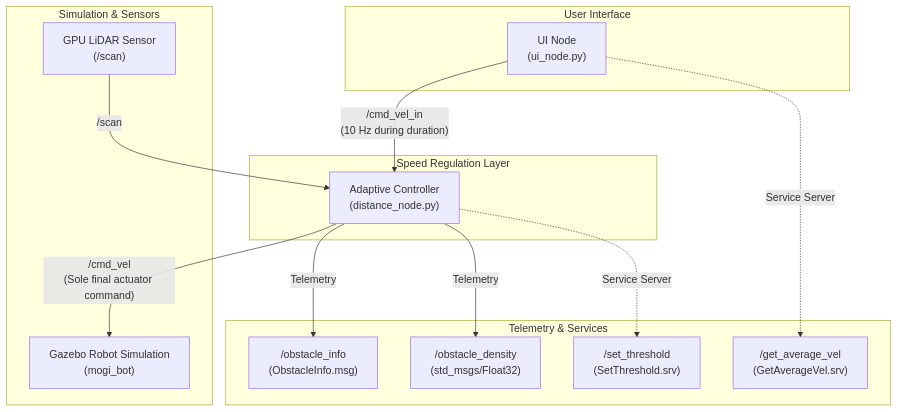
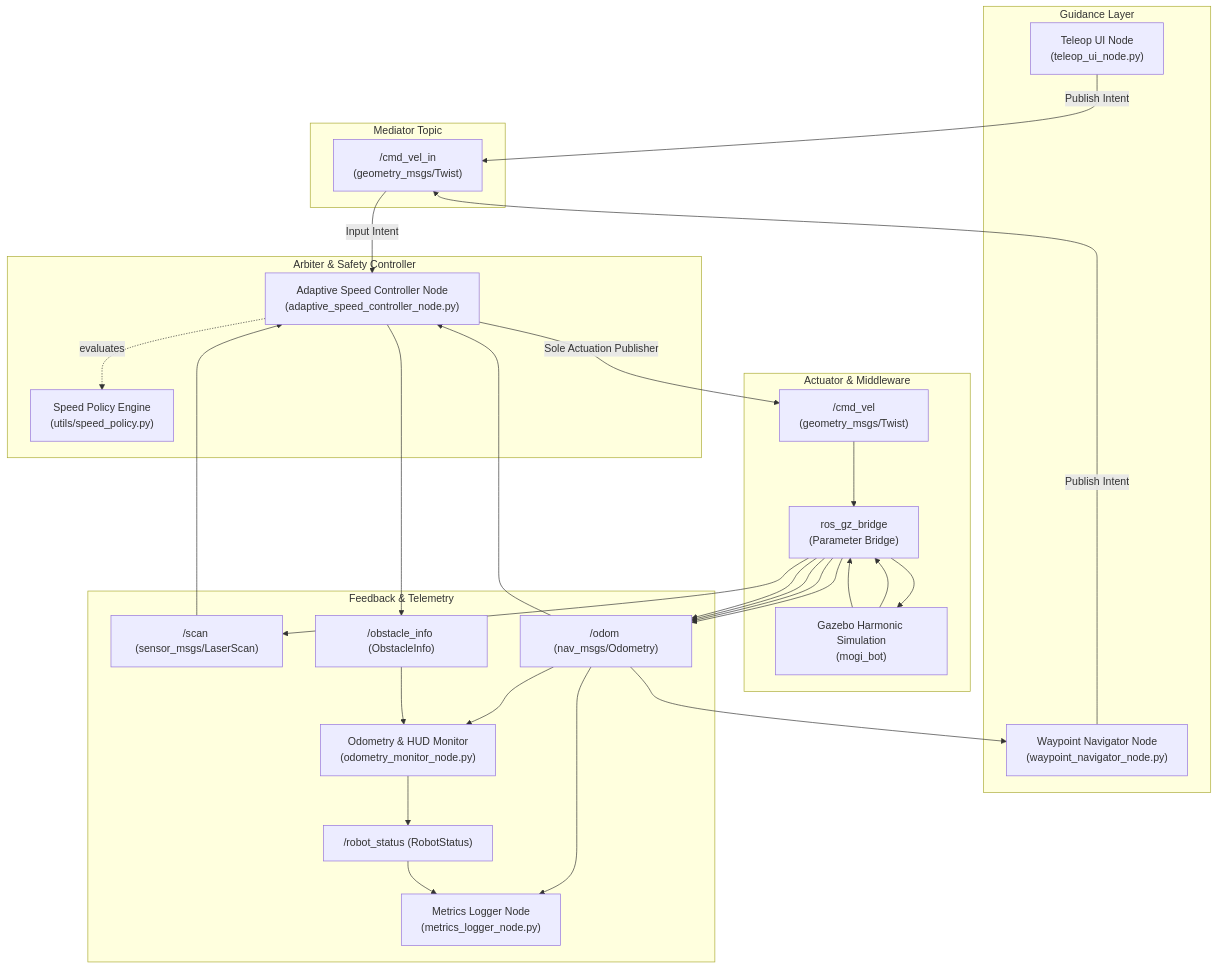
One commit to vikashb24k-beep/LidarX changed the diagram in README.md. Above: the diagram before and after it, drawn with Mermaid. The commit also changed other lines of this file and 1 other file, not shown here.

Commit message:
phase 7: comprehensive documentation, architecture specification, and viva q&a

````diff
--- a/README.md
+++ b/README.md
@@ -36,30 +35,47 @@
 ```mermaid
 flowchart TD
-    subgraph User Interface
-        UI["UI Node\n(ui_node.py)"]
+    subgraph Guidance Layer
+        Teleop["Teleop UI Node\n(teleop_ui_node.py)"]
+        Nav["Waypoint Navigator Node\n(waypoint_navigator_node.py)"]
     end
 
-    subgraph Speed Regulation Layer
-        DC["Adaptive Controller\n(distance_node.py)"]
+    subgraph Mediator Topic
+        CmdIn["/cmd_vel_in\n(geometry_msgs/Twist)"]
     end
 
-    subgraph Simulation & Sensors
-        GZ["Gazebo Robot Simulation\n(mogi_bot)"]
-        LIDAR["GPU LiDAR Sensor\n(/scan)"]
+    subgraph Arbiter & Safety Controller
+        Controller["Adaptive Speed Controller Node\n(adaptive_speed_controller_node.py)"]
+        Policy["Speed Policy Engine\n(utils/speed_policy.py)"]
+        Controller -.->|evaluates| Policy
     end
 
-    subgraph Telemetry & Services
-        OI["/obstacle_info\n(ObstacleInfo.msg)"]
-        OD["/obstacle_density\n(std_msgs/Float32)"]
-        ST["/set_threshold\n(SetThreshold.srv)"]
-        GA["/get_average_vel\n(GetAverageVel.srv)"]
+    subgraph Actuator & Middleware
+        CmdVel["/cmd_vel\n(geometry_msgs/Twist)"]
+        Bridge["ros_gz_bridge\n(Parameter Bridge)"]
+        Sim["Gazebo Harmonic Simulation\n(mogi_bot)"]
     end
 
-    UI -->|"/cmd_vel_in\n(10 Hz during duration)"| DC
-    LIDAR -->|"/scan"| DC
-    DC -->|"/cmd_vel\n(Sole final actuator command)"| GZ
-    DC -->|Telemetry| OI
-    DC -->|Telemetry| OD
-    DC -.->|Service Server| ST
-    UI -.->|Service Server| GA
+    subgraph Feedback & Telemetry
+        Scan["/scan (sensor_msgs/LaserScan)"]
+        Odom["/odom (nav_msgs/Odometry)"]
+        Info["/obstacle_info (ObstacleInfo)"]
+        HUD["Odometry & HUD Monitor\n(odometry_monitor_node.py)"]
+        Status["/robot_status (RobotStatus)"]
+        Logger["Metrics Logger Node\n(metrics_logger_node.py)"]
+    end
+
+    Teleop -->|Publish Intent| CmdIn
+    Nav -->|Publish Intent| CmdIn
+    CmdIn -->|Input Intent| Controller
+
+    Controller -->|Sole Actuation Publisher| CmdVel
+    CmdVel --> Bridge --> Sim
+
+    Sim --> Bridge --> Scan --> Controller
+    Sim --> Bridge --> Odom --> Controller
+    Bridge --> Odom --> Nav
+    Bridge --> Odom --> HUD
+    Bridge --> Odom --> Logger
+
+    Controller --> Info --> HUD --> Status --> Logger
 ```
````
